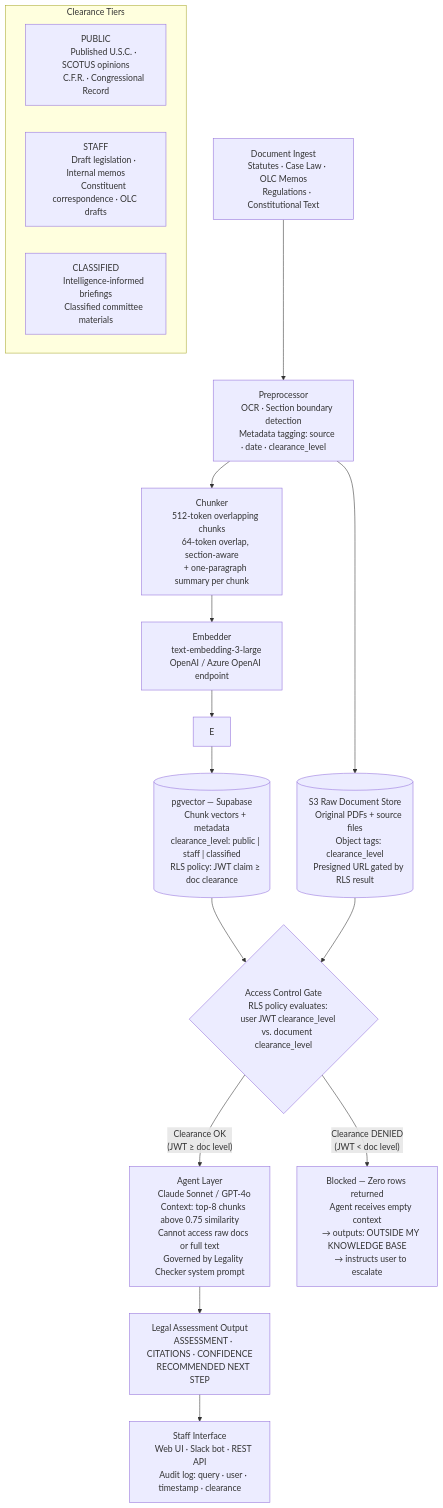
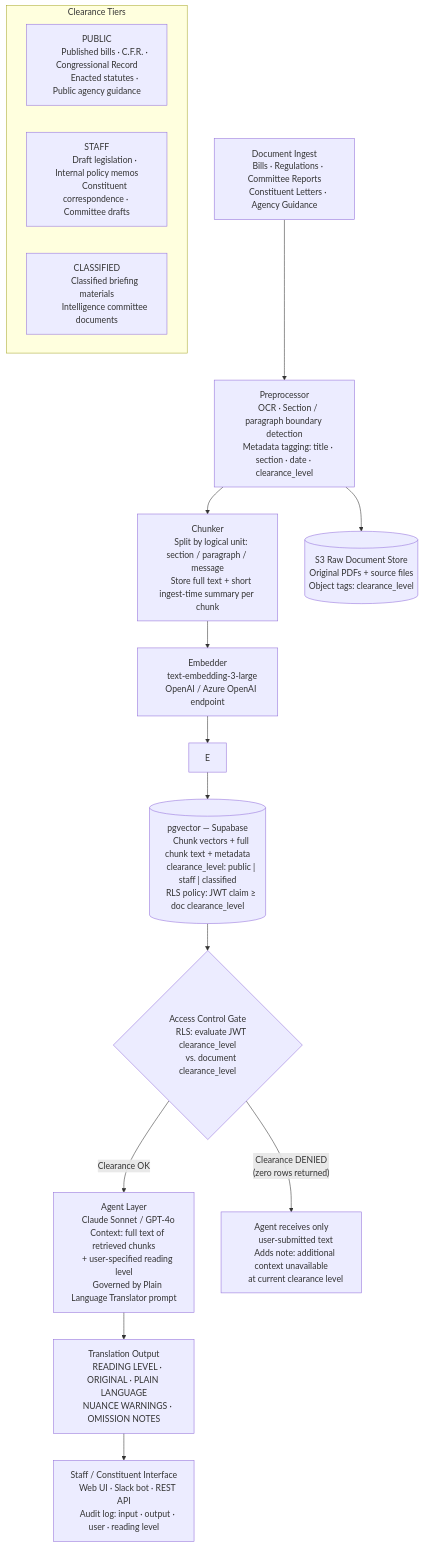
Before and after one commit to sophwa/sysen-5381: the second of 2 diagrams in 11_decision_support/LAB_congress.md, drawn with Mermaid. The commit also changed other lines of this file, not shown here.

Commit message:
Switch lab response to Option C: Plain Language Translator

````diff
--- a/11_decision_support/LAB_congress.md
+++ b/11_decision_support/LAB_congress.md
@@ -265,73 +264,66 @@
 ```mermaid
 flowchart TD
     A["Document Ingest
-    Statutes · Case Law · OLC Memos
-    Regulations · Constitutional Text"] --> B
+    Bills · Regulations · Committee Reports
+    Constituent Letters · Agency Guidance"] --> B
 
     B["Preprocessor
-    OCR · Section boundary detection
-    Metadata tagging: source · date · clearance_level"] --> C
+    OCR · Section / paragraph boundary detection
+    Metadata tagging: title · section · date · clearance_level"] --> C
 
     C["Chunker
-    512-token overlapping chunks
-    64-token overlap, section-aware
-    + one-paragraph summary per chunk"] --> D
+    Split by logical unit: section / paragraph / message
+    Store full text + short ingest-time summary per chunk"] --> D
 
     D["Embedder
     text-embedding-3-large
     OpenAI / Azure OpenAI endpoint"] --> E
 
     B --> F
 
     E --> G[("pgvector — Supabase
-    Chunk vectors + metadata
+    Chunk vectors + full chunk text + metadata
     clearance_level: public | staff | classified
-    RLS policy: JWT claim ≥ doc clearance")]
+    RLS policy: JWT claim ≥ doc clearance_level")]
 
     F[("S3 Raw Document Store
     Original PDFs + source files
-    Object tags: clearance_level
-    Presigned URL gated by RLS result")]
+    Object tags: clearance_level")]
 
     G --> H{"Access Control Gate
-    RLS policy evaluates:
-    user JWT clearance_level
+    RLS: evaluate JWT clearance_level
     vs. document clearance_level"}
 
-    F --> H
-
-    H -->|"Clearance OK
-    (JWT ≥ doc level)"| I
-
+    H -->|"Clearance OK"| I
     H -->|"Clearance DENIED
-    (JWT < doc level)"| J["Blocked — Zero rows returned
-    Agent receives empty context
-    → outputs: OUTSIDE MY KNOWLEDGE BASE
-    → instructs user to escalate"]
+    (zero rows returned)"| J["Agent receives only
+    user-submitted text
+    Adds note: additional context unavailable
+    at current clearance level"]
 
     I["Agent Layer
     Claude Sonnet / GPT-4o
-    Context: top-8 chunks above 0.75 similarity
-    Cannot access raw docs or full text
-    Governed by Legality Checker system prompt"]
+    Context: full text of retrieved chunks
+    + user-specified reading level
+    Governed by Plain Language Translator prompt"]
 
-    I --> K["Legal Assessment Output
-    ASSESSMENT · CITATIONS · CONFIDENCE
-    RECOMMENDED NEXT STEP"]
+    I --> K["Translation Output
+    READING LEVEL · ORIGINAL · PLAIN LANGUAGE
+    NUANCE WARNINGS · OMISSION NOTES"]
 
-    K --> L["Staff Interface
+    K --> L["Staff / Constituent Interface
     Web UI · Slack bot · REST API
-    Audit log: query · user · timestamp · clearance"]
+    Audit log: input · output · user · reading level"]
 
     subgraph Clearance Tiers
         T1["PUBLIC
-        Published U.S.C. · SCOTUS opinions
-        C.F.R. · Congressional Record"]
+        Published bills · C.F.R. · Congressional Record
+        Enacted statutes · Public agency guidance"]
         T2["STAFF
-        Draft legislation · Internal memos
-        Constituent correspondence · OLC drafts"]
+        Draft legislation · Internal policy memos
+        Constituent correspondence · Committee drafts"]
         T3["CLASSIFIED
-        Intelligence-informed briefings
-        Classified committee materials"]
+        Classified briefing materials
+        Intelligence committee documents"]
     end
 ```
````
